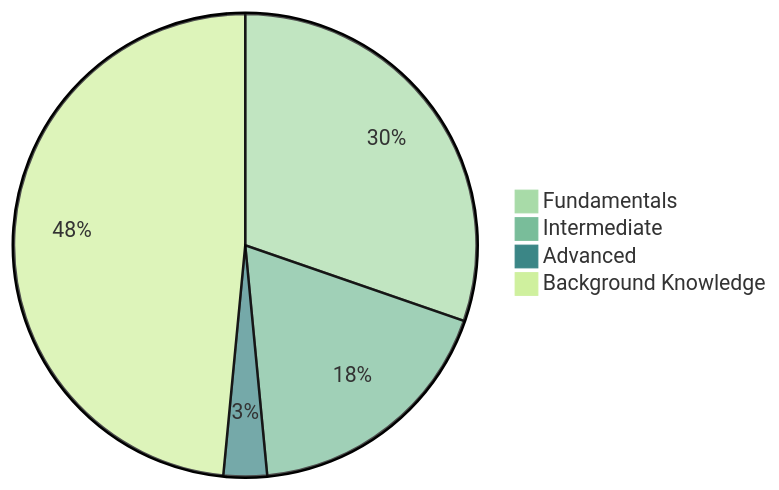
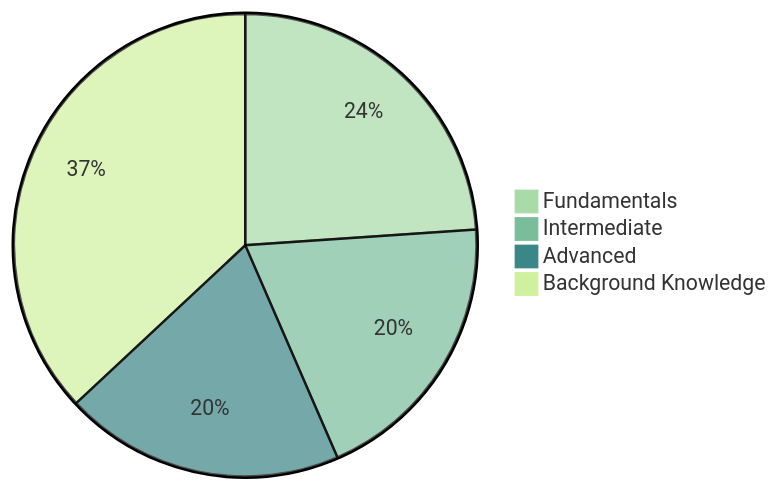
One commit to Pseudo-Lab/data-engineering-for-everybody changed the diagram in README.md. Above: the diagram before and after it, drawn with Mermaid.

Commit message:
Update README.md
edit: edit mermaid pie-chart number

업데이트된 컨텐츠 반영

````diff
--- a/README.md
+++ b/README.md
@@ -90,8 +90,8 @@
 ```mermaid
 %%{init: {'theme': 'base', 'themeVariables': { 'pie1': '#a8dba8', 'pie2': '#79bd9a', 'pie3': '#3b8686', 'pie4': '#cff09e', 'pie5': '#800080', 'pie6': '#ff0000', 'pie7': '#FFA500'}}}%%
 pie
-  "Fundamentals" : 10
-  "Intermediate" : 6
-  "Advanced" : 1
-  "Background Knowledge" : 16
+  "Fundamentals" : 11
+  "Intermediate" : 9
+  "Advanced" : 9
+  "Background Knowledge" : 17
 ```
````
